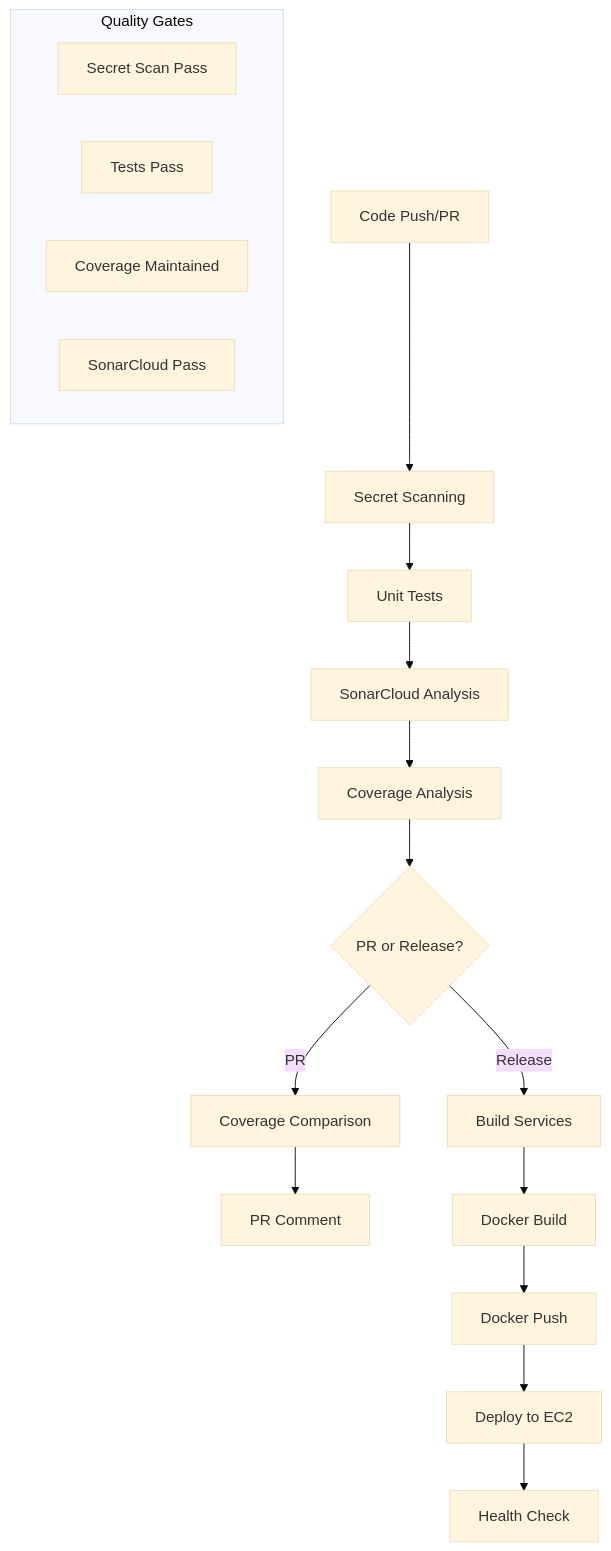
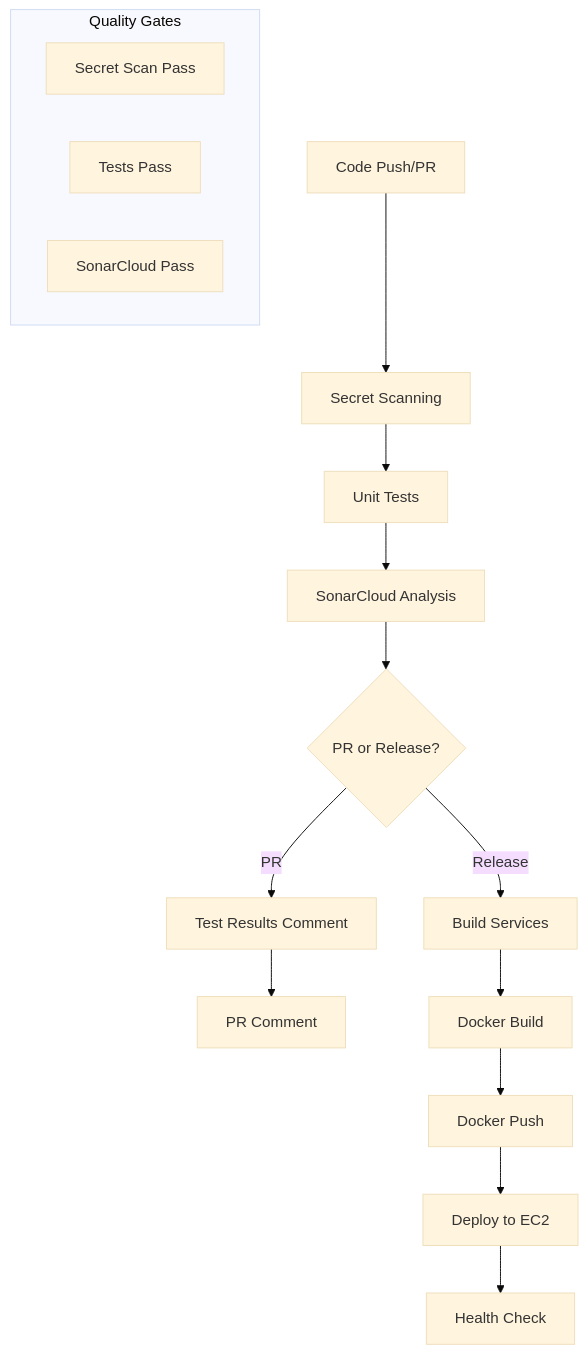
Before and after one commit to piresc/nebengjek: the diagram in docs/cicd-deployment.md, drawn with Mermaid (base theme). The commit also changed 7 other files, not shown here.

````diff
--- a/docs/cicd-deployment.md
+++ b/docs/cicd-deployment.md
@@ -11,25 +11,23 @@
 ```mermaid
 graph TD
     A[Code Push/PR] --> B[Secret Scanning]
     B --> C[Unit Tests]
     C --> D[SonarCloud Analysis]
-    D --> E[Coverage Analysis]
-    E --> F{PR or Release?}
+    D --> F{PR or Release?}
     
-    F -->|PR| G[Coverage Comparison]
+    F -->|PR| G[Test Results Comment]
     F -->|Release| H[Build Services]
     
     G --> I[PR Comment]
     
     H --> J[Docker Build]
     J --> K[Docker Push]
     K --> L[Deploy to EC2]
     L --> M[Health Check]
     
     subgraph "Quality Gates"
         N[Secret Scan Pass]
         O[Tests Pass]
-        P[Coverage Maintained]
         Q[SonarCloud Pass]
     end
 ```
````
